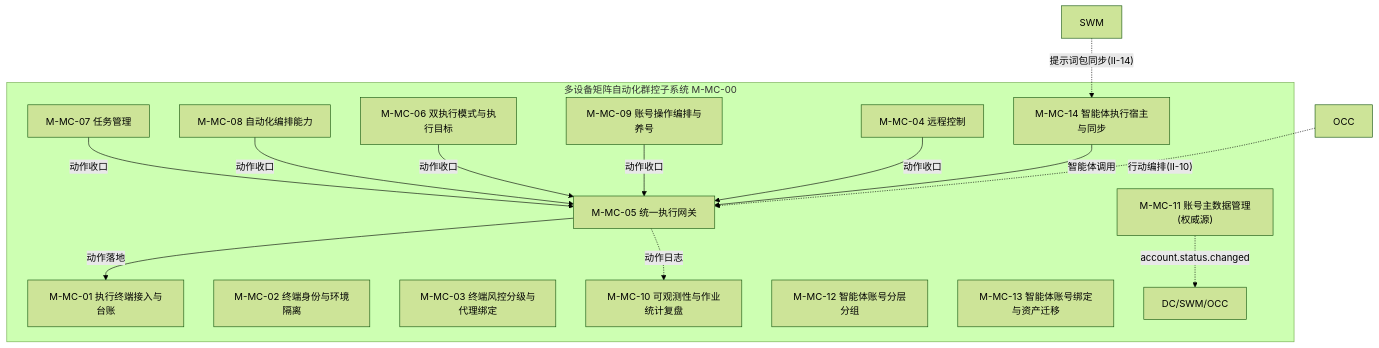
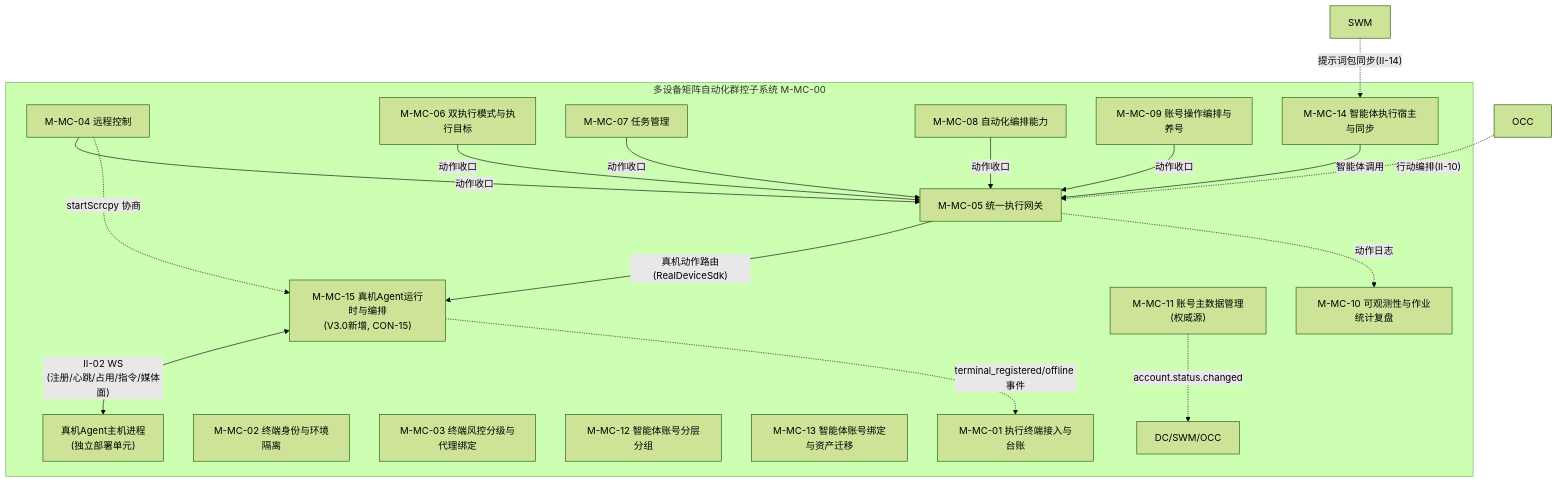
One commit to Sj-g/obsidian changed the tenth of 14 diagrams in 公司项目/认知作战/文档/软件概要设计说明.md. Above: the diagram before and after it, drawn with Mermaid (forest theme). The commit also changed other lines of this file and 5 other files, not shown here.

````diff
--- a/公司项目/认知作战/文档/软件概要设计说明.md
+++ b/公司项目/认知作战/文档/软件概要设计说明.md
@@ -347,26 +348,30 @@
 ```mermaid
 flowchart TB
     subgraph MC["多设备矩阵自动化群控子系统 M-MC-00"]
         MC1["M-MC-01 执行终端接入与台账"]
         MC2["M-MC-02 终端身份与环境隔离"]
         MC3["M-MC-03 终端风控分级与代理绑定"]
         MC4["M-MC-04 远程控制"]
         MC5["M-MC-05 统一执行网关"]
         MC6["M-MC-06 双执行模式与执行目标"]
         MC7["M-MC-07 任务管理"]
         MC8["M-MC-08 自动化编排能力"]
         MC9["M-MC-09 账号操作编排与养号"]
         MC10["M-MC-10 可观测性与作业统计复盘"]
         MC11["M-MC-11 账号主数据管理(权威源)"]
         MC12["M-MC-12 智能体账号分层分组"]
         MC13["M-MC-13 智能体账号绑定与资产迁移"]
         MC14["M-MC-14 智能体执行宿主与同步"]
+        MC15["M-MC-15 真机Agent运行时与编排<br/>(V3.0新增, CON-15)"]
         MC7 & MC8 & MC6 & MC9 & MC4 -->|"动作收口"| MC5
         MC14 -->|"智能体调用"| MC5
-        MC5 -->|"动作落地"| MC1
+        MC5 -->|"真机动作路由(RealDeviceSdk)"| MC15
+        MC15 <-->|"II-02 WS<br/>(注册/心跳/占用/指令/媒体面)"| AGENT["真机Agent主机进程<br/>(独立部署单元)"]
+        MC15 -.->|"terminal_registered/offline 事件"| MC1
+        MC4 -.->|"startScrcpy 协商"| MC15
         MC5 -.->|"动作日志"| MC10
         MC11 -.->|"account.status.changed"| EXT["DC/SWM/OCC"]
     end
     SWM["SWM"] -.->|"提示词包同步(II-14)"| MC14
     OCC["OCC"] -.->|"行动编排(II-10)"| MC5
 ```
````
